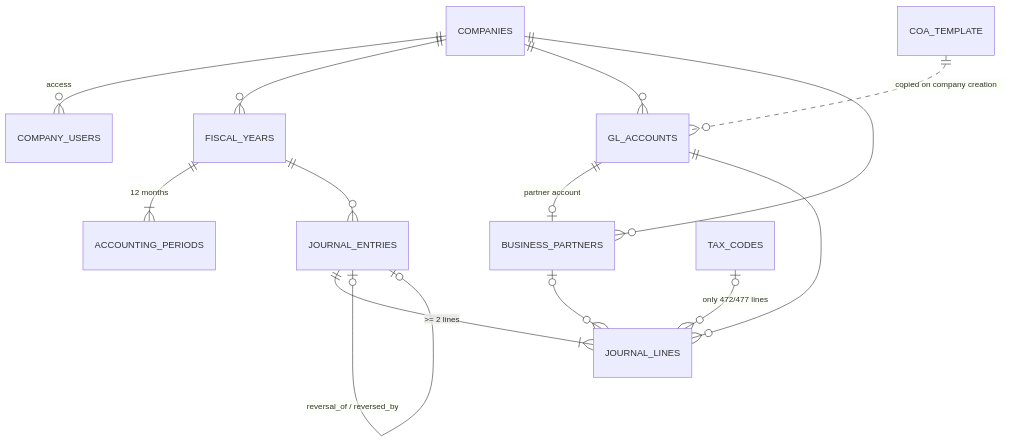
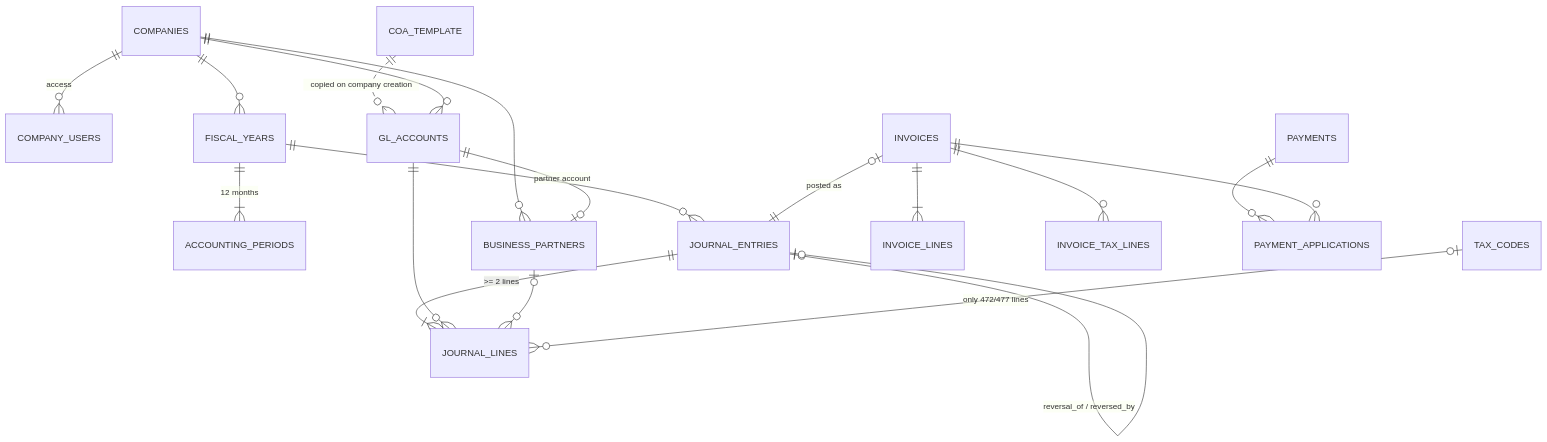
One commit to Diosvely/MiniERP changed the diagram in docs/modelo-datos.md. Above: the diagram before and after it, drawn with Mermaid. The commit also changed other lines of this file and 19 other files, not shown here.

````diff
--- a/docs/modelo-datos.md
+++ b/docs/modelo-datos.md
@@ -8,16 +14,21 @@
 ```mermaid
 erDiagram
     COMPANIES ||--o{ COMPANY_USERS : "access"
     COMPANIES ||--o{ FISCAL_YEARS : ""
     FISCAL_YEARS ||--|{ ACCOUNTING_PERIODS : "12 months"
     COA_TEMPLATE ||..o{ GL_ACCOUNTS : "copied on company creation"
     COMPANIES ||--o{ GL_ACCOUNTS : ""
     COMPANIES ||--o{ BUSINESS_PARTNERS : ""
     GL_ACCOUNTS ||--o| BUSINESS_PARTNERS : "partner account"
     FISCAL_YEARS ||--o{ JOURNAL_ENTRIES : ""
     JOURNAL_ENTRIES ||--|{ JOURNAL_LINES : ">= 2 lines"
     GL_ACCOUNTS ||--o{ JOURNAL_LINES : ""
     BUSINESS_PARTNERS |o--o{ JOURNAL_LINES : ""
     TAX_CODES |o--o{ JOURNAL_LINES : "only 472/477 lines"
     JOURNAL_ENTRIES |o--o| JOURNAL_ENTRIES : "reversal_of / reversed_by"
+    INVOICES ||--|{ INVOICE_LINES : ""
+    INVOICES ||--o{ INVOICE_TAX_LINES : ""
+    INVOICES |o--|| JOURNAL_ENTRIES : "posted as"
+    PAYMENTS ||--o{ PAYMENT_APPLICATIONS : ""
+    INVOICES ||--o{ PAYMENT_APPLICATIONS : ""
 ```
````
